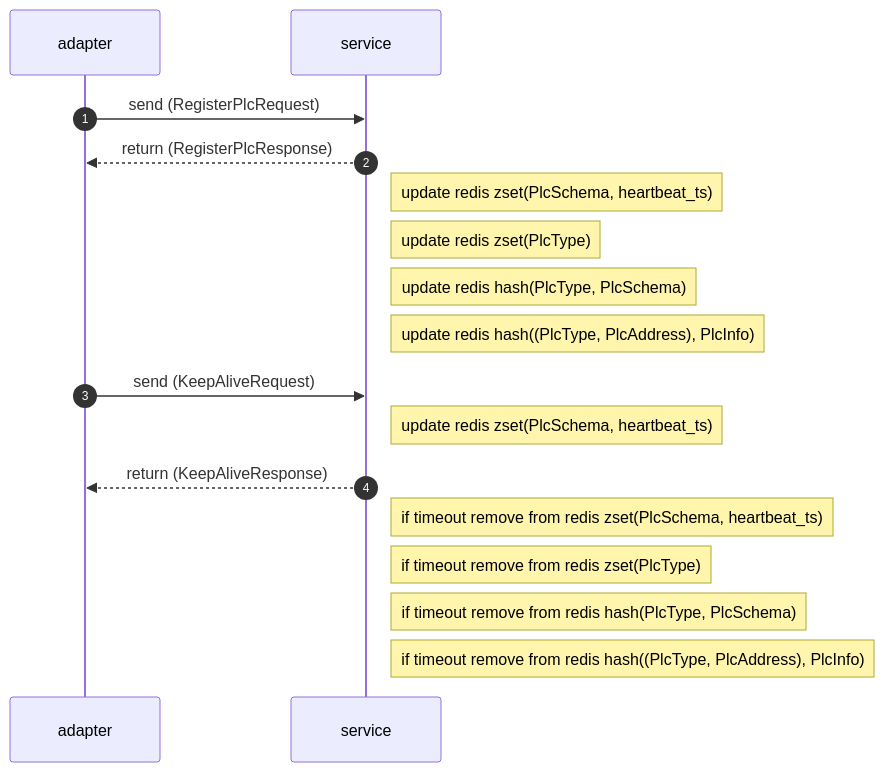
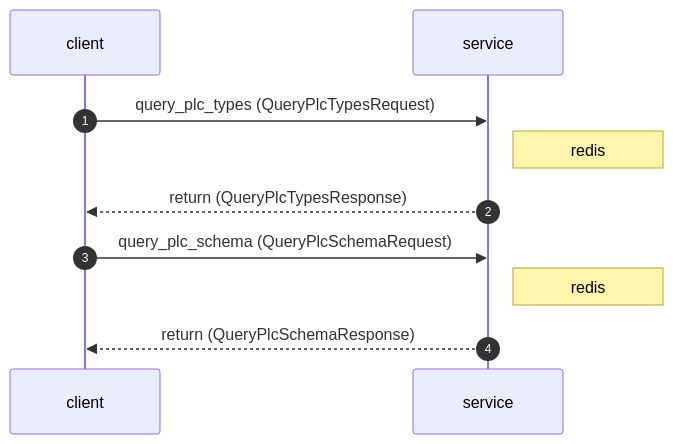
The third of 6 diagrams in README.md (FutureOrientedGB/plc_control), drawn with Mermaid before and after one commit. The commit also changed other lines of this file and 12 other files, not shown here.

````diff
--- a/README.md
+++ b/README.md
@@ -4,22 +27,14 @@
 ```mermaid
 sequenceDiagram
     autonumber
-    participant adapter
+    participant client
     participant service
 
-adapter->>service: send (RegisterPlcRequest)
-service-->>adapter: return (RegisterPlcResponse)
-Note right of service: update redis zset(PlcSchema, heartbeat_ts)
-Note right of service: update redis zset(PlcType)
-Note right of service: update redis hash(PlcType, PlcSchema)
-Note right of service: update redis hash((PlcType, PlcAddress), PlcInfo)
+client->>service: query_plc_types (QueryPlcTypesRequest)
+Note right of service: redis
+service-->>client: return (QueryPlcTypesResponse)
 
-adapter->>service: send (KeepAliveRequest)
-Note right of service: update redis zset(PlcSchema, heartbeat_ts)
-service-->>adapter: return (KeepAliveResponse)
-
-Note right of service: if timeout remove from redis zset(PlcSchema, heartbeat_ts)
-Note right of service: if timeout remove from redis zset(PlcType)
-Note right of service: if timeout remove from redis hash(PlcType, PlcSchema)
-Note right of service: if timeout remove from redis hash((PlcType, PlcAddress), PlcInfo)
+client->>service: query_plc_schema (QueryPlcSchemaRequest)
+Note right of service: redis
+service-->>client: return (QueryPlcSchemaResponse)
 ```
````
